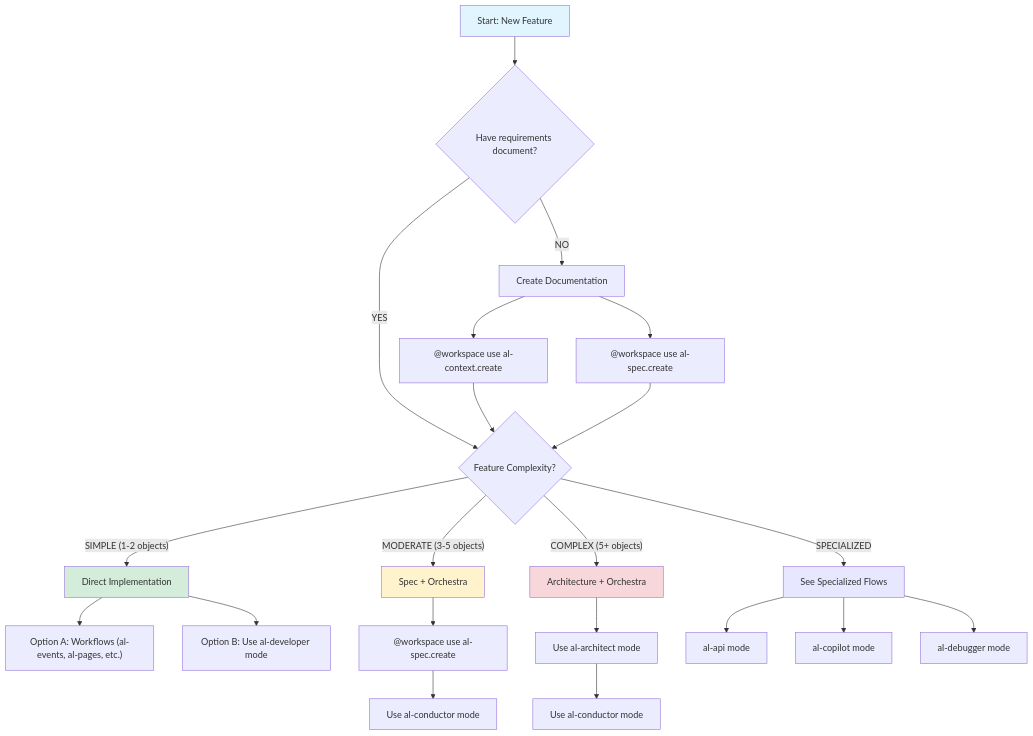
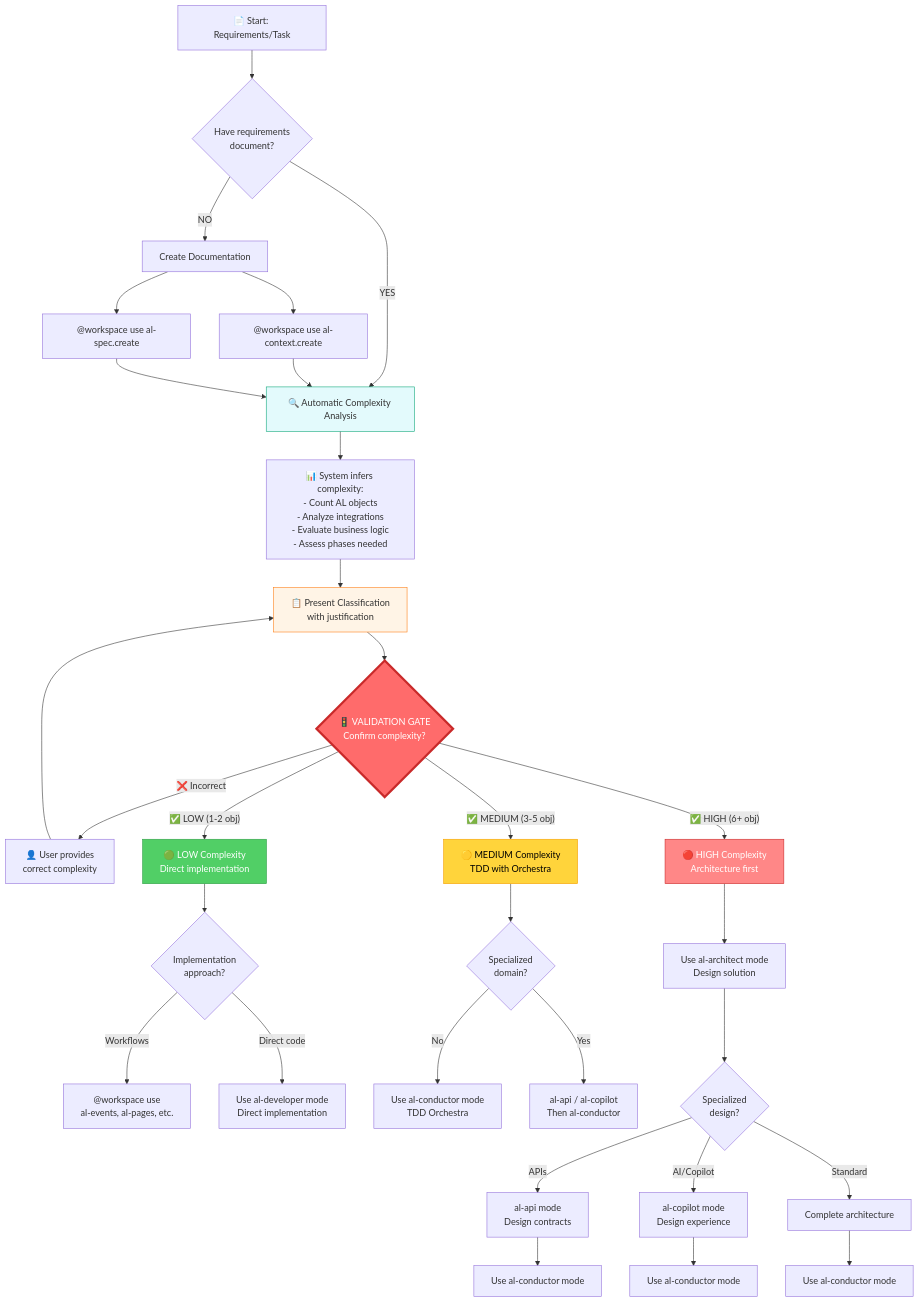
Before and after one commit to javiarmesto/AL-Development-Collection-for-GitHub-Copilot: the first of 4 diagrams in docs/workflows/complete-development-flow.md, drawn with Mermaid. The commit also changed other lines of this file and 22 other files, not shown here.

````diff
--- a/docs/workflows/complete-development-flow.md
+++ b/docs/workflows/complete-development-flow.md
@@ -13,34 +15,49 @@
 ```mermaid
 graph TD
-    A[Start: New Feature] --> B{Have requirements document?}
-    B -->|YES| C{Feature Complexity?}
-    B -->|NO| D[Create Documentation]
-    D --> D1["@workspace use al-context.create"]
-    D --> D2["@workspace use al-spec.create"]
-    D1 --> C
-    D2 --> C
+    A[📄 Start: Requirements/Task] --> B{Have requirements<br/>document?}
+    B -->|NO| CreateDoc[Create Documentation]
+    CreateDoc --> Doc1["@workspace use al-context.create"]
+    CreateDoc --> Doc2["@workspace use al-spec.create"]
     
-    C -->|"SIMPLE (1-2 objects)"| E[Direct Implementation]
-    C -->|"MODERATE (3-5 objects)"| F[Spec + Orchestra]
-    C -->|"COMPLEX (5+ objects)"| G[Architecture + Orchestra]
-    C -->|SPECIALIZED| H[See Specialized Flows]
+    B -->|YES| Analyze[🔍 Automatic Complexity Analysis]
+    Doc1 --> Analyze
+    Doc2 --> Analyze
     
-    E --> E1["Option A: Workflows (al-events, al-pages, etc.)"]
-    E --> E2["Option B: Use al-developer mode"]
+    Analyze --> Infer["📊 System infers complexity:<br/>- Count AL objects<br/>- Analyze integrations<br/>- Evaluate business logic<br/>- Assess phases needed"]
     
-    F --> F1["@workspace use al-spec.create"]
-    F1 --> F2[Use al-conductor mode]
+    Infer --> Present["📋 Present Classification<br/>with justification"]
     
-    G --> G1[Use al-architect mode]
-    G1 --> G2[Use al-conductor mode]
+    Present --> Gate{"🚦 VALIDATION GATE<br/>Confirm complexity?"}
     
-    H --> H1[al-api mode]
-    H --> H2[al-copilot mode]
-    H --> H3[al-debugger mode]
+    Gate -->|"❌ Incorrect"| UserCorrect["👤 User provides<br/>correct complexity"]
+    UserCorrect --> Present
     
-    style A fill:#e1f5ff
-    style E fill:#d4edda
-    style F fill:#fff3cd
-    style G fill:#f8d7da
-    style H fill:#e7e7ff
+    Gate -->|"✅ LOW (1-2 obj)"| Low["🟢 LOW Complexity<br/>Direct implementation"]
+    Gate -->|"✅ MEDIUM (3-5 obj)"| Med["🟡 MEDIUM Complexity<br/>TDD with Orchestra"]
+    Gate -->|"✅ HIGH (6+ obj)"| High["🔴 HIGH Complexity<br/>Architecture first"]
+    
+    Low --> LowOpt{Implementation<br/>approach?}
+    LowOpt -->|Workflows| LowWork["@workspace use<br/>al-events, al-pages, etc."]
+    LowOpt -->|Direct code| LowDev["Use al-developer mode<br/>Direct implementation"]
+    
+    Med --> MedSpec{Specialized<br/>domain?}
+    MedSpec -->|No| MedCond["Use al-conductor mode<br/>TDD Orchestra"]
+    MedSpec -->|Yes| MedSpecAgent["al-api / al-copilot<br/>Then al-conductor"]
+    
+    High --> HighArch["Use al-architect mode<br/>Design solution"]
+    HighArch --> HighSpec{Specialized<br/>design?}
+    HighSpec -->|APIs| HighAPI["al-api mode<br/>Design contracts"]
+    HighSpec -->|AI/Copilot| HighCopilot["al-copilot mode<br/>Design experience"]
+    HighSpec -->|Standard| HighStd["Complete architecture"]
+    
+    HighAPI --> HighCond1["Use al-conductor mode"]
+    HighCopilot --> HighCond2["Use al-conductor mode"]
+    HighStd --> HighCond3["Use al-conductor mode"]
+    
+    style Gate fill:#FF6B6B,stroke:#C92A2A,stroke-width:4px,color:#fff
+    style Low fill:#51CF66,stroke:#2F9E44,color:#fff
+    style Med fill:#FFD43B,stroke:#F59F00,color:#000
+    style High fill:#FF8787,stroke:#C92A2A,color:#fff
+    style Analyze fill:#E3FAFC,stroke:#0CA678
+    style Present fill:#FFF4E6,stroke:#FD7E14
 ```
````
